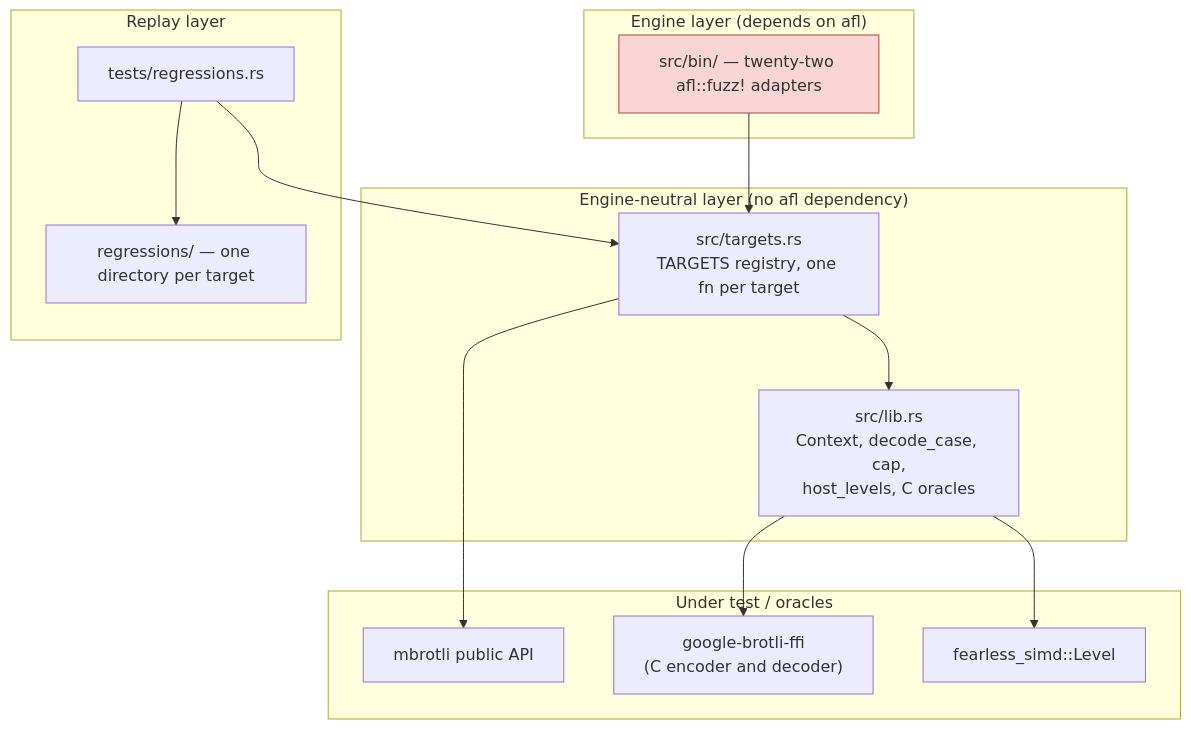
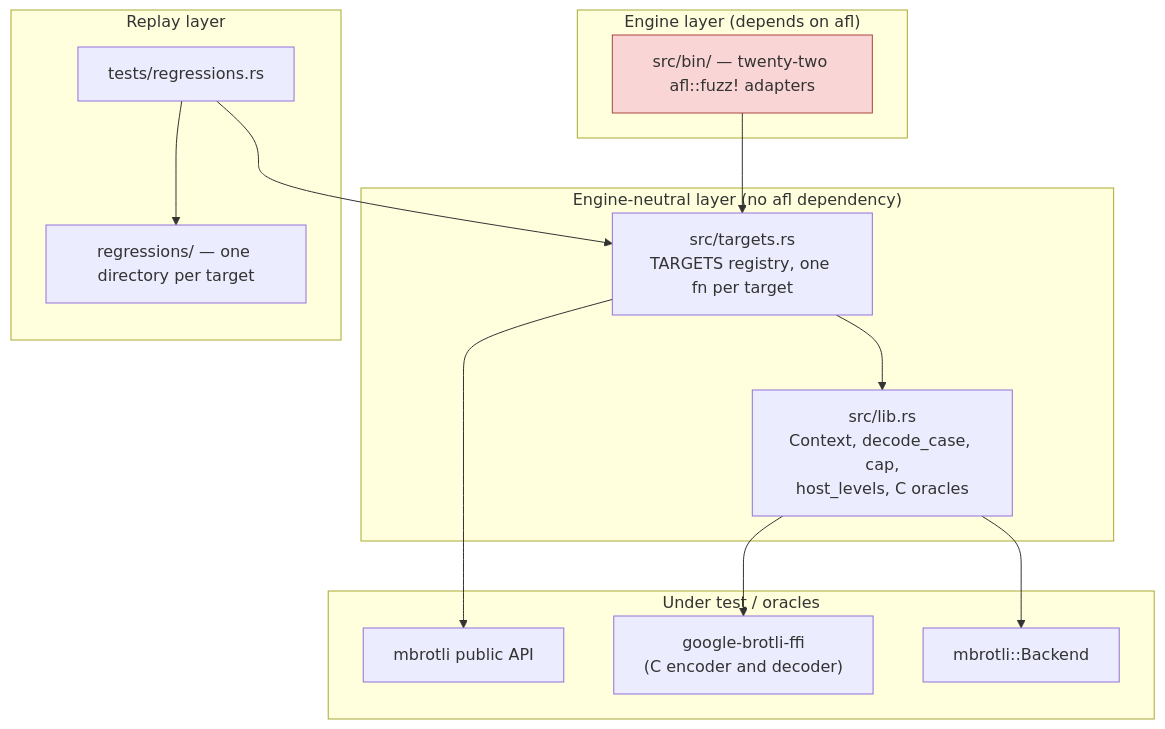
One commit to Mnwa/mbrotli changed the first of 4 diagrams in architecture/fuzzing.md. Above: the diagram before and after it, drawn with Mermaid. The commit also changed other lines of this file and 64 other files, not shown here.

````diff
--- a/architecture/fuzzing.md
+++ b/architecture/fuzzing.md
@@ -20,33 +20,33 @@
 ```mermaid
 graph TD
     subgraph engine["Engine layer (depends on afl)"]
         bins["src/bin/ — twenty-two afl::fuzz! adapters"]
     end
 
     subgraph neutral["Engine-neutral layer (no afl dependency)"]
         targets["src/targets.rs<br/>TARGETS registry, one fn per target"]
         lib["src/lib.rs<br/>Context, decode_case, cap,<br/>host_levels, C oracles"]
     end
 
     subgraph replay["Replay layer"]
         regtest["tests/regressions.rs"]
         corpus["regressions/ — one directory per target"]
     end
 
     subgraph under["Under test / oracles"]
         mbrotli["mbrotli public API"]
         ffi["google-brotli-ffi<br/>(C encoder and decoder)"]
-        simd["fearless_simd::Level"]
+        simd["mbrotli::Backend"]
     end
 
     bins --> targets
     regtest --> targets
     regtest --> corpus
     targets --> lib
     targets --> mbrotli
     lib --> ffi
     lib --> simd
 
     classDef engineNode fill:#f9d6d5,stroke:#a94442;
     class bins engineNode;
 ```
````
